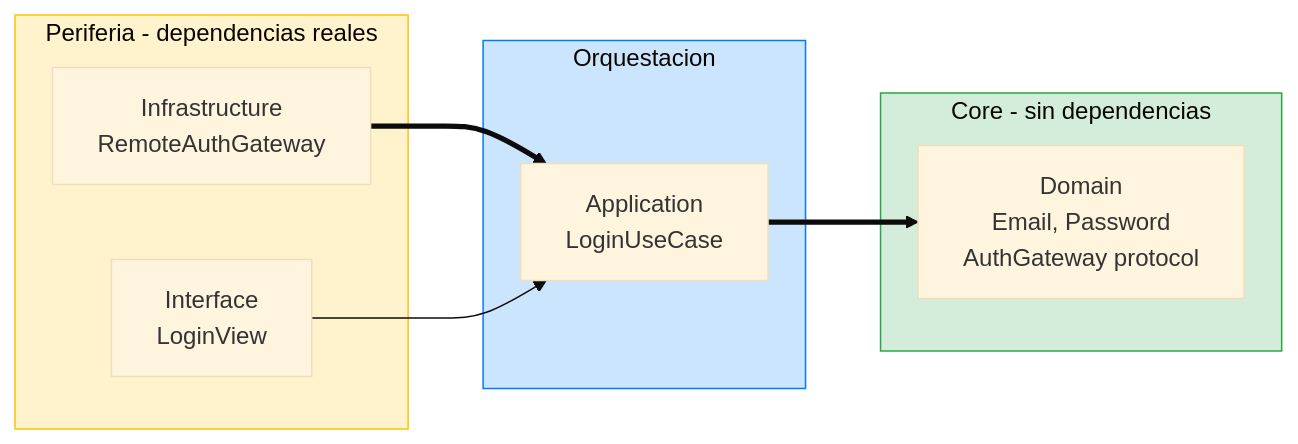
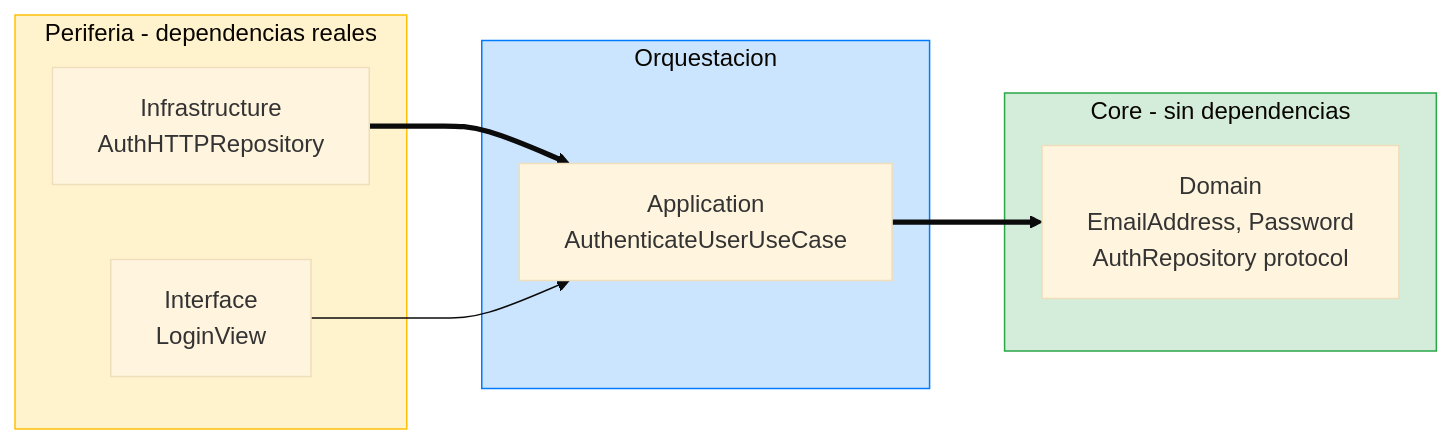
Before and after one commit to SwiftEnProfundidad/stack-my-architecture-ios: the fifth of 5 diagrams in 01-fundamentos/02-metodologia-tdd-practica.md, drawn with Mermaid (base theme). The commit also changed other lines of this file and 50 other files, not shown here.

````diff
--- a/01-fundamentos/02-metodologia-tdd-practica.md
+++ b/01-fundamentos/02-metodologia-tdd-practica.md
@@ -367,23 +367,23 @@
 ```mermaid
 graph LR
     subgraph EDGE["Periferia - dependencias reales"]
-        INFRA["Infrastructure<br/>RemoteAuthGateway"]
+        INFRA["Infrastructure<br/>AuthHTTPRepository"]
         UI["Interface<br/>LoginView"]
     end
 
     subgraph MIDDLE["Orquestacion"]
-        APP["Application<br/>LoginUseCase"]
+        APP["Application<br/>AuthenticateUserUseCase"]
     end
 
     subgraph CORE["Core - sin dependencias"]
-        DOMAIN["Domain<br/>Email, Password<br/>AuthGateway protocol"]
+        DOMAIN["Domain<br/>EmailAddress, Password<br/>AuthRepository protocol"]
     end
 
     INFRA ==> APP
     UI --> APP
     APP ==> DOMAIN
 
     style EDGE fill:#fff3cd,stroke:#ffc107
     style MIDDLE fill:#cce5ff,stroke:#007bff
     style CORE fill:#d4edda,stroke:#28a745
 ```
````
